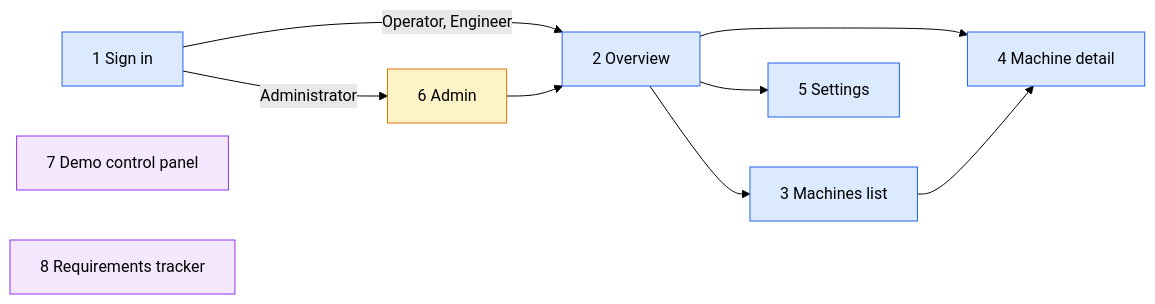
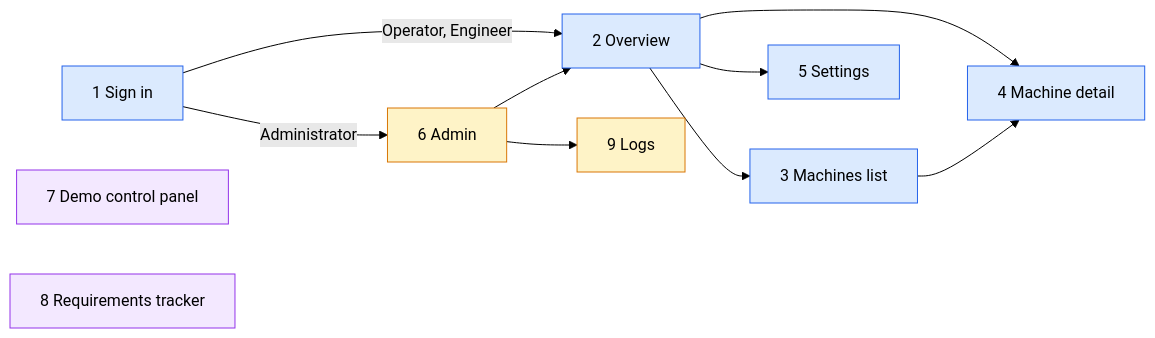
The diagram in design/page-map.md (Prince-Wayne13/Industrial-Fault-detection-system), drawn with Mermaid (forest theme) before and after one commit. The commit also changed other lines of this file and 12 other files, not shown here.

````diff
--- a/design/page-map.md
+++ b/design/page-map.md
@@ -47,18 +48,19 @@
 ```mermaid
 flowchart LR
   S["1 Sign in"] -->|Operator, Engineer| O["2 Overview"]
   S -->|Administrator| A["6 Admin"]
   A --> O
+  A --> L["9 Logs"]
   O --> M["4 Machine detail"]
   O --> ML["3 Machines list"]
   ML --> M
   O --> ST["5 Settings"]
   D["7 Demo control panel"]
   R["8 Requirements tracker"]
   classDef shared fill:#dbeafe,stroke:#2563eb,color:#000
   classDef adm fill:#fef3c7,stroke:#d97706,color:#000
   classDef demo fill:#f3e8ff,stroke:#9333ea,color:#000
   class S,O,M,ML,ST shared
-  class A adm
+  class A,L adm
   class D,R demo
 ```
````
